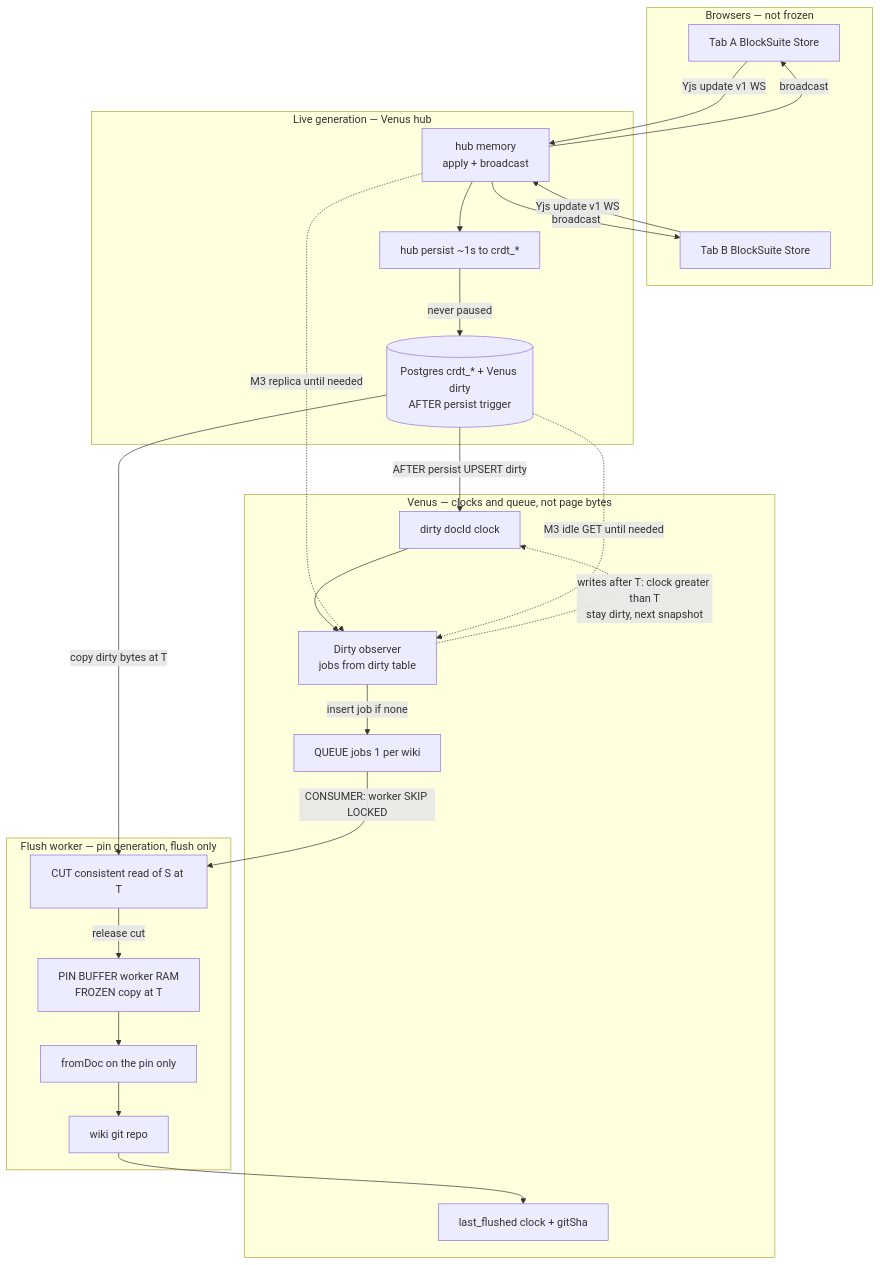
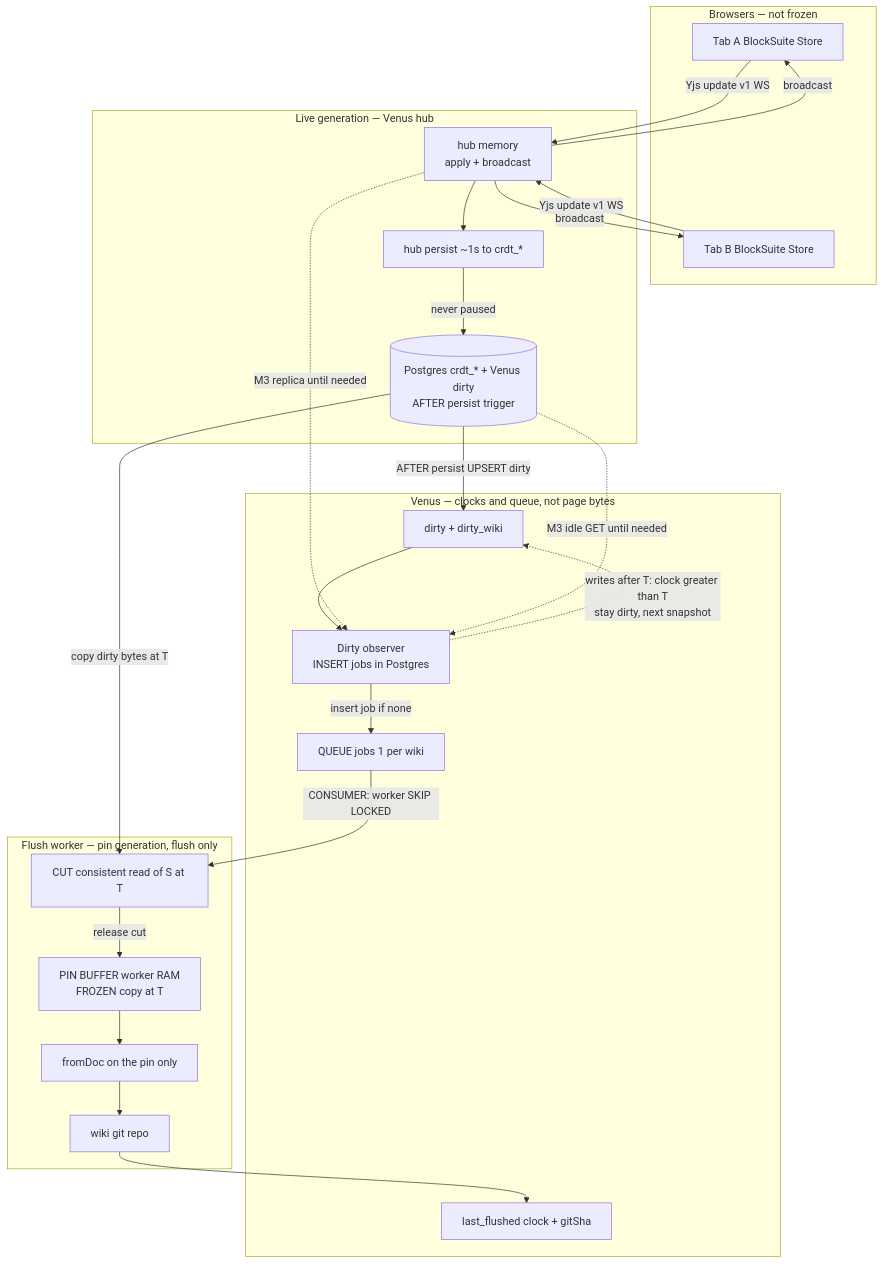
Before and after one commit to OpenDOps/Venus: the diagram in docs/design/LiveSnapshot/high-availability.md, drawn with Mermaid. The commit also changed other lines of this file and 78 other files, not shown here.

````diff
--- a/docs/design/LiveSnapshot/high-availability.md
+++ b/docs/design/LiveSnapshot/high-availability.md
@@ -96,46 +96,46 @@
 ```mermaid
 flowchart TB
   subgraph browsers["Browsers — not frozen"]
     tabA["Tab A BlockSuite Store"]
     tabB["Tab B BlockSuite Store"]
   end
 
   subgraph liveGen["Live generation — Venus hub"]
     hubMem["hub memory<br/>apply + broadcast"]
     persist["hub persist ~1s to crdt_*"]
     pgLive[("Postgres crdt_* + Venus dirty<br/>AFTER persist trigger")]
   end
 
   subgraph venusHA["Venus — clocks and queue, not page bytes"]
-    observer["Dirty observer<br/>jobs from dirty table"]
-    dirty["dirty docId clock"]
+    observer["Dirty observer<br/>INSERT jobs in Postgres"]
+    dirty["dirty + dirty_wiki"]
     queue["QUEUE jobs 1 per wiki"]
     lastFl["last_flushed clock + gitSha"]
   end
 
   subgraph worker["Flush worker — pin generation, flush only"]
     cut["CUT consistent read of S at T"]
     pinBuf["PIN BUFFER worker RAM<br/>FROZEN copy at T"]
     convert["fromDoc on the pin only"]
     gitRepo["wiki git repo"]
   end
 
   tabA -->|"Yjs update v1 WS"| hubMem
   tabB -->|"Yjs update v1 WS"| hubMem
   hubMem -->|"broadcast"| tabA
   hubMem -->|"broadcast"| tabB
   hubMem --> persist
   persist -->|"never paused"| pgLive
   pgLive -->|"AFTER persist UPSERT dirty"| dirty
   dirty --> observer
   observer -->|"insert job if none"| queue
   hubMem -.->|"M3 replica until needed"| observer
   pgLive -.->|"M3 idle GET until needed"| observer
   queue -->|"CONSUMER: worker SKIP LOCKED"| cut
   pgLive -->|"copy dirty bytes at T"| cut
   cut -->|"release cut"| pinBuf
   pinBuf --> convert
   convert --> gitRepo
   gitRepo --> lastFl
   observer -.->|"writes after T: clock greater than T<br/>stay dirty, next snapshot"| dirty
 ```
````
